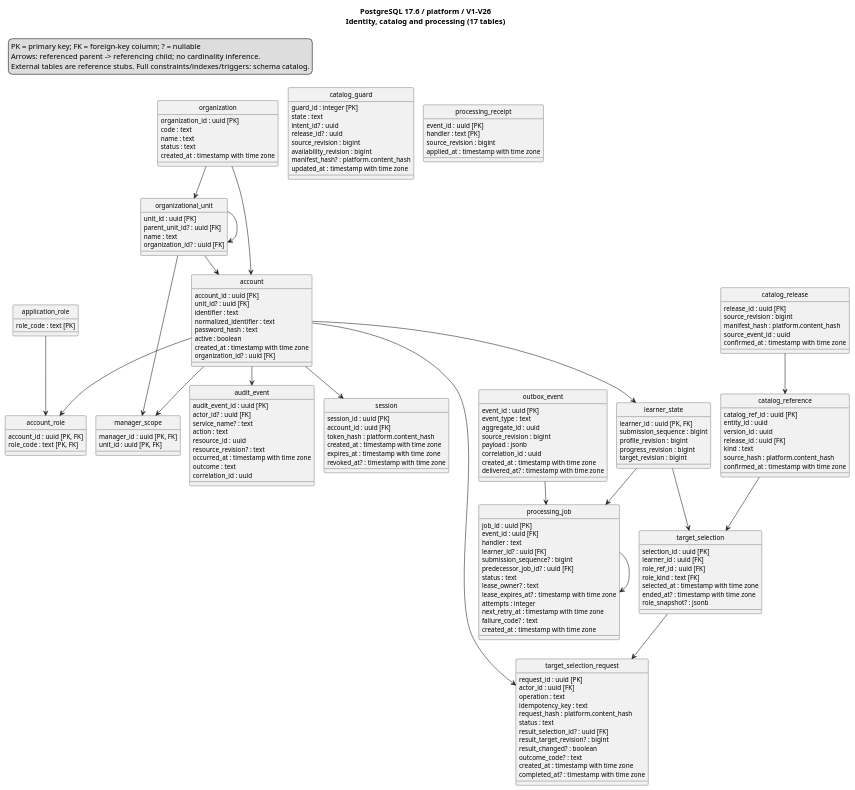
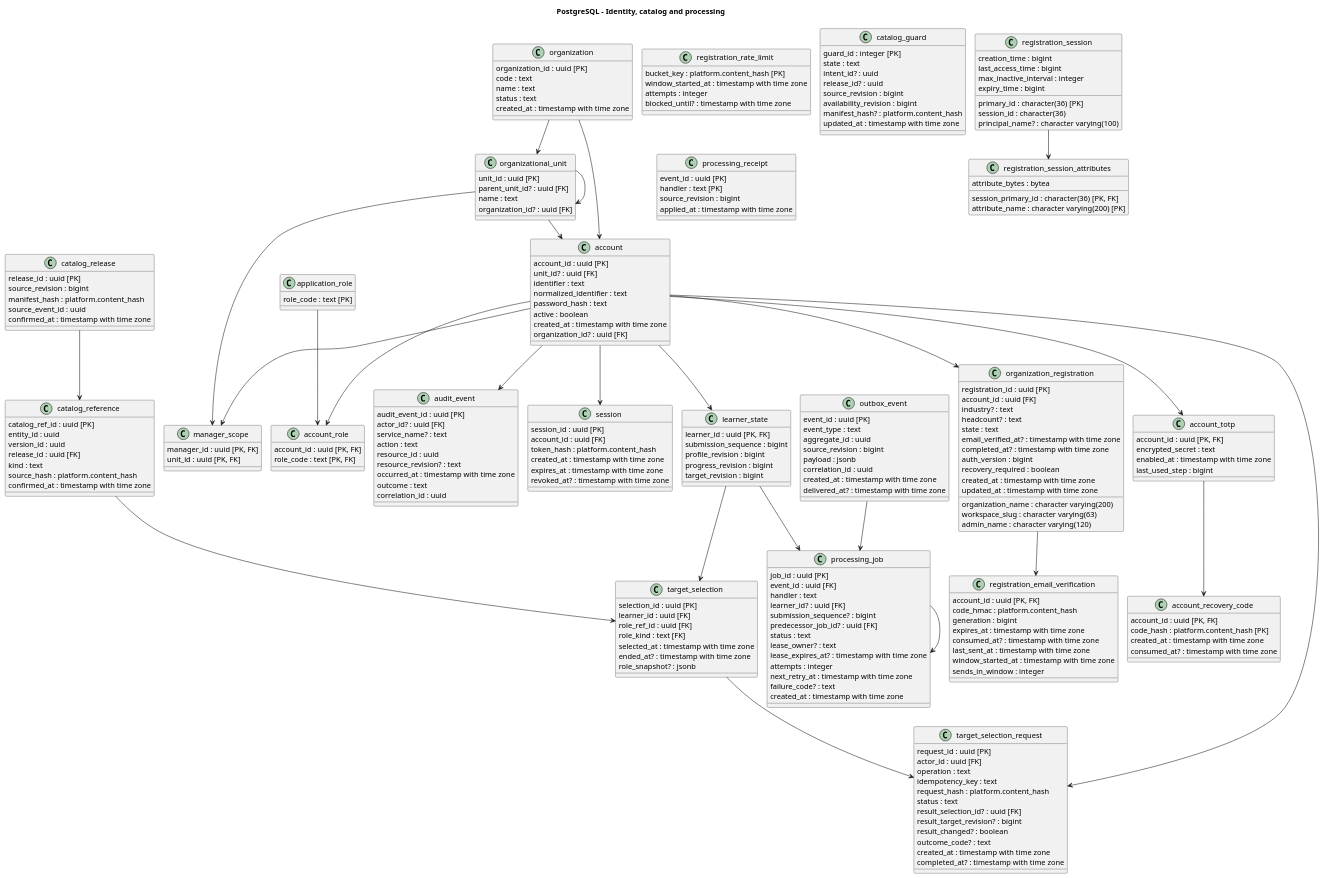
One commit to SEP490-Fall-2026-GFA26SE64/SEP490 changed the diagram in documents/diagrams/postgresql.puml. Above: the diagram before and after it, drawn with PlantUML. The commit also changed 487 other files, not shown here.

```diff
--- a/documents/diagrams/postgresql.puml
+++ b/documents/diagrams/postgresql.puml
@@ -2,162 +2,214 @@
 !pragma layout smetana
 top to bottom direction
 skinparam shadowing false
-hide circle
-skinparam classAttributeIconSize 0
-skinparam defaultFontName SansSerif
-skinparam defaultFontSize 12
-title PostgreSQL 17.6 / platform / V1-V26\nIdentity, catalog and processing (17 tables)
-legend top left
-PK = primary key; FK = foreign-key column; ? = nullable
-Arrows: referenced parent -> referencing child; no cardinality inference.
-External tables are reference stubs. Full constraints/indexes/triggers: schema catalog.
-endlegend
+title PostgreSQL - Identity, catalog and processing
 class organization {
-  organization_id : uuid [PK]
-  code : text
-  name : text
-  status : text
-  created_at : timestamp with time zone
+    organization_id : uuid [PK]
+    code : text
+    name : text
+    status : text
+    created_at : timestamp with time zone
 }
 class organizational_unit {
-  unit_id : uuid [PK]
-  parent_unit_id? : uuid [FK]
-  name : text
-  organization_id? : uuid [FK]
+    unit_id : uuid [PK]
+    parent_unit_id? : uuid [FK]
+    name : text
+    organization_id? : uuid [FK]
 }
 class account {
-  account_id : uuid [PK]
-  unit_id? : uuid [FK]
-  identifier : text
-  normalized_identifier : text
-  password_hash : text
-  active : boolean
-  created_at : timestamp with time zone
-  organization_id? : uuid [FK]
+    account_id : uuid [PK]
+    unit_id? : uuid [FK]
+    identifier : text
+    normalized_identifier : text
+    password_hash : text
+    active : boolean
+    created_at : timestamp with time zone
+    organization_id? : uuid [FK]
 }
 class application_role {
-  role_code : text [PK]
+    role_code : text [PK]
 }
 class account_role {
-  account_id : uuid [PK, FK]
-  role_code : text [PK, FK]
+    account_id : uuid [PK, FK]
+    role_code : text [PK, FK]
 }
 class manager_scope {
-  manager_id : uuid [PK, FK]
-  unit_id : uuid [PK, FK]
+    manager_id : uuid [PK, FK]
+    unit_id : uuid [PK, FK]
 }
 class session {
-  session_id : uuid [PK]
-  account_id : uuid [FK]
-  token_hash : platform.content_hash
-  created_at : timestamp with time zone
-  expires_at : timestamp with time zone
-  revoked_at? : timestamp with time zone
+    session_id : uuid [PK]
+    account_id : uuid [FK]
+    token_hash : platform.content_hash
+    created_at : timestamp with time zone
+    expires_at : timestamp with time zone
+    revoked_at? : timestamp with time zone
+}
+class organization_registration {
+    registration_id : uuid [PK]
+    account_id : uuid [FK]
+    organization_name : character varying(200)
+    workspace_slug : character varying(63)
+    industry? : text
+    headcount? : text
+    admin_name : character varying(120)
+    state : text
+    email_verified_at? : timestamp with time zone
+    completed_at? : timestamp with time zone
+    auth_version : bigint
+    recovery_required : boolean
+    created_at : timestamp with time zone
+    updated_at : timestamp with time zone
+}
+class registration_email_verification {
+    account_id : uuid [PK, FK]
+    code_hmac : platform.content_hash
+    generation : bigint
+    expires_at : timestamp with time zone
+    consumed_at? : timestamp with time zone
+    last_sent_at : timestamp with time zone
+    window_started_at : timestamp with time zone
+    sends_in_window : integer
+}
+class account_totp {
+    account_id : uuid [PK, FK]
+    encrypted_secret : text
+    enabled_at : timestamp with time zone
+    last_used_step : bigint
+}
+class account_recovery_code {
+    account_id : uuid [PK, FK]
+    code_hash : platform.content_hash [PK]
+    created_at : timestamp with time zone
+    consumed_at? : timestamp with time zone
+}
+class registration_rate_limit {
+    bucket_key : platform.content_hash [PK]
+    window_started_at : timestamp with time zone
+    attempts : integer
+    blocked_until? : timestamp with time zone
+}
+class registration_session {
+    primary_id : character(36) [PK]
+    session_id : character(36)
+    creation_time : bigint
+    last_access_time : bigint
+    max_inactive_interval : integer
+    expiry_time : bigint
+    principal_name? : character varying(100)
+}
+class registration_session_attributes {
+    session_primary_id : character(36) [PK, FK]
+    attribute_name : character varying(200) [PK]
+    attribute_bytes : bytea
 }
 class learner_state {
-  learner_id : uuid [PK, FK]
-  submission_sequence : bigint
-  profile_revision : bigint
-  progress_revision : bigint
-  target_revision : bigint
+    learner_id : uuid [PK, FK]
+    submission_sequence : bigint
+    profile_revision : bigint
+    progress_revision : bigint
+    target_revision : bigint
 }
 class catalog_guard {
-  guard_id : integer [PK]
-  state : text
-  intent_id? : uuid
-  release_id? : uuid
-  source_revision : bigint
-  availability_revision : bigint
-  manifest_hash? : platform.content_hash
-  updated_at : timestamp with time zone
+    guard_id : integer [PK]
+    state : text
+    intent_id? : uuid
+    release_id? : uuid
+    source_revision : bigint
+    availability_revision : bigint
+    manifest_hash? : platform.content_hash
+    updated_at : timestamp with time zone
 }
 class catalog_release {
-  release_id : uuid [PK]
-  source_revision : bigint
-  manifest_hash : platform.content_hash
-  source_event_id : uuid
-  confirmed_at : timestamp with time zone
+    release_id : uuid [PK]
+    source_revision : bigint
+    manifest_hash : platform.content_hash
+    source_event_id : uuid
+    confirmed_at : timestamp with time zone
 }
 class catalog_reference {
-  catalog_ref_id : uuid [PK]
-  entity_id : uuid
-  version_id : uuid
-  release_id : uuid [FK]
-  kind : text
-  source_hash : platform.content_hash
-  confirmed_at : timestamp with time zone
+    catalog_ref_id : uuid [PK]
+    entity_id : uuid
+    version_id : uuid
+    release_id : uuid [FK]
+    kind : text
+    source_hash : platform.content_hash
+    confirmed_at : timestamp with time zone
 }
 class target_selection {
-  selection_id : uuid [PK]
-  learner_id : uuid [FK]
-  role_ref_id : uuid [FK]
-  role_kind : text [FK]
-  selected_at : timestamp with time zone
-  ended_at? : timestamp with time zone
-  role_snapshot? : jsonb
+    selection_id : uuid [PK]
+    learner_id : uuid [FK]
+    role_ref_id : uuid [FK]
+    role_kind : text [FK]
+    selected_at : timestamp with time zone
+    ended_at? : timestamp with time zone
+    role_snapshot? : jsonb
 }
 class target_selection_request {
-  request_id : uuid [PK]
-  actor_id : uuid [FK]
-  operation : text
-  idempotency_key : text
-  request_hash : platform.content_hash
-  status : text
-  result_selection_id? : uuid [FK]
-  result_target_revision? : bigint
-  result_changed? : boolean
-  outcome_code? : text
-  created_at : timestamp with time zone
-  completed_at? : timestamp with time zone
+    request_id : uuid [PK]
+    actor_id : uuid [FK]
+    operation : text
+    idempotency_key : text
+    request_hash : platform.content_hash
+    status : text
+    result_selection_id? : uuid [FK]
+    result_target_revision? : bigint
+    result_changed? : boolean
+    outcome_code? : text
+    created_at : timestamp with time zone
+    completed_at? : timestamp with time zone
 }
 class outbox_event {
-  event_id : uuid [PK]
-  event_type : text
-  aggregate_id : uuid
-  source_revision : bigint
-  payload : jsonb
-  correlation_id : uuid
-  created_at : timestamp with time zone
-  delivered_at? : timestamp with time zone
+    event_id : uuid [PK]
+    event_type : text
+    aggregate_id : uuid
+    source_revision : bigint
+    payload : jsonb
+    correlation_id : uuid
+    created_at : timestamp with time zone
+    delivered_at? : timestamp with time zone
 }
 class processing_job {
-  job_id : uuid [PK]
-  event_id : uuid [FK]
-  handler : text
-  learner_id? : uuid [FK]
-  submission_sequence? : bigint
-  predecessor_job_id? : uuid [FK]
-  status : text
-  lease_owner? : text
-  lease_expires_at? : timestamp with time zone
-  attempts : integer
-  next_retry_at : timestamp with time zone
-  failure_code? : text
-  created_at : timestamp with time zone
+    job_id : uuid [PK]
+    event_id : uuid [FK]
+    handler : text
+    learner_id? : uuid [FK]
+    submission_sequence? : bigint
+    predecessor_job_id? : uuid [FK]
+    status : text
+    lease_owner? : text
+    lease_expires_at? : timestamp with time zone
+    attempts : integer
+    next_retry_at : timestamp with time zone
+    failure_code? : text
+    created_at : timestamp with time zone
 }
 class processing_receipt {
-  event_id : uuid [PK]
-  handler : text [PK]
-  source_revision : bigint
-  applied_at : timestamp with time zone
+    event_id : uuid [PK]
+    handler : text [PK]
+    source_revision : bigint
+    applied_at : timestamp with time zone
 }
 class audit_event {
-  audit_event_id : uuid [PK]
-  actor_id? : uuid [FK]
-  service_name? : text
-  action : text
-  resource_id : uuid
-  resource_revision? : text
-  occurred_at : timestamp with time zone
-  outcome : text
-  correlation_id : uuid
+    audit_event_id : uuid [PK]
+    actor_id? : uuid [FK]
+    service_name? : text
+    action : text
+    resource_id : uuid
+    resource_revision? : text
+    occurred_at : timestamp with time zone
+    outcome : text
+    correlation_id : uuid
 }
 account --> account_role
+account --> account_totp
 account --> audit_event
 account --> learner_state
 account --> manager_scope
+account --> organization_registration
 account --> session
 account --> target_selection_request
+account_totp --> account_recovery_code
 application_role --> account_role
 catalog_reference --> target_selection
 catalog_release --> catalog_reference
@@ -165,10 +217,12 @@
 learner_state --> target_selection
 organization --> account
 organization --> organizational_unit
+organization_registration --> registration_email_verification
 organizational_unit --> account
 organizational_unit --> manager_scope
 organizational_unit --> organizational_unit
 outbox_event --> processing_job
 processing_job --> processing_job
+registration_session --> registration_session_attributes
 target_selection --> target_selection_request
 @enduml
```
